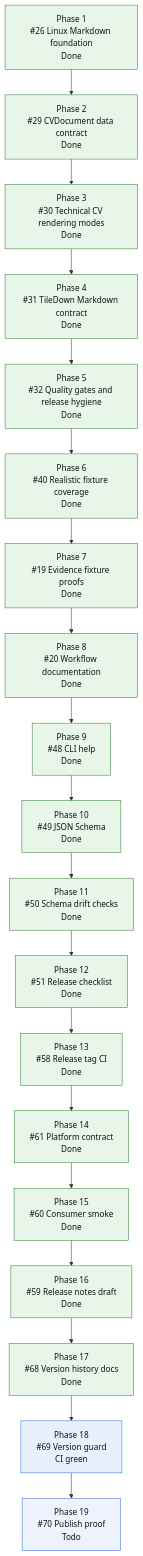
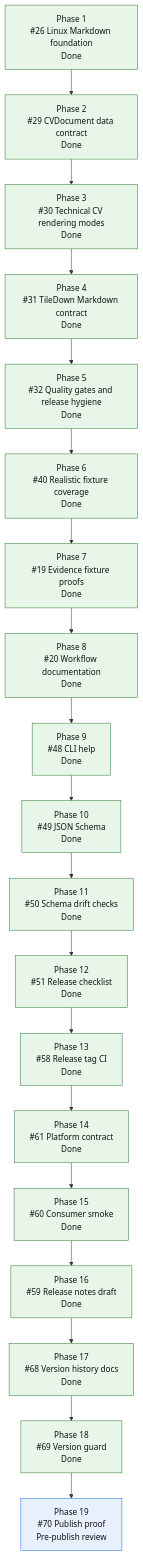
The diagram in README.md (mihaelamj/cvbuilder), drawn with Mermaid before and after one commit. The commit also changed 1 other file, not shown here.

Commit message:
docs(roadmap): mark publication proof pre-publish review
Advances #70.

````diff
--- a/README.md
+++ b/README.md
@@ -169,36 +169,36 @@
 ```mermaid
 flowchart TD
     P1["Phase 1<br/>#26 Linux Markdown foundation<br/>Done"]
     P2["Phase 2<br/>#29 CVDocument data contract<br/>Done"]
     P3["Phase 3<br/>#30 Technical CV rendering modes<br/>Done"]
     P4["Phase 4<br/>#31 TileDown Markdown contract<br/>Done"]
     P5["Phase 5<br/>#32 Quality gates and release hygiene<br/>Done"]
     P6["Phase 6<br/>#40 Realistic fixture coverage<br/>Done"]
     P7["Phase 7<br/>#19 Evidence fixture proofs<br/>Done"]
     P8["Phase 8<br/>#20 Workflow documentation<br/>Done"]
     P9["Phase 9<br/>#48 CLI help<br/>Done"]
     P10["Phase 10<br/>#49 JSON Schema<br/>Done"]
     P11["Phase 11<br/>#50 Schema drift checks<br/>Done"]
     P12["Phase 12<br/>#51 Release checklist<br/>Done"]
     P13["Phase 13<br/>#58 Release tag CI<br/>Done"]
     P14["Phase 14<br/>#61 Platform contract<br/>Done"]
     P15["Phase 15<br/>#60 Consumer smoke<br/>Done"]
     P16["Phase 16<br/>#59 Release notes draft<br/>Done"]
     P17["Phase 17<br/>#68 Version history docs<br/>Done"]
-    P18["Phase 18<br/>#69 Version guard<br/>CI green"]
-    P19["Phase 19<br/>#70 Publish proof<br/>Todo"]
+    P18["Phase 18<br/>#69 Version guard<br/>Done"]
+    P19["Phase 19<br/>#70 Publish proof<br/>Pre-publish review"]
 
     P1 --> P2 --> P3 --> P4 --> P5 --> P6 --> P7 --> P8 --> P9 --> P10 --> P11 --> P12 --> P13 --> P14 --> P15 --> P16 --> P17 --> P18 --> P19
 
     classDef done fill:#e8f5e9,stroke:#2e7d32,color:#111;
     classDef active fill:#fff3e0,stroke:#ef6c00,color:#111;
     classDef review fill:#e8f0fe,stroke:#1a73e8,color:#111;
     classDef next fill:#fff8e1,stroke:#f9a825,color:#111;
     classDef partial fill:#e0f7fa,stroke:#00838f,color:#111;
     classDef todo fill:#eef3ff,stroke:#3367d6,color:#111;
     class P1,P2,P3,P4 done;
     class P5,P6,P7,P8,P9,P10,P11,P12,P13,P14,P15,P16 done;
     class P17 done;
-    class P18 review;
-    class P19 todo;
+    class P18 done;
+    class P19 review;
 ```
````
